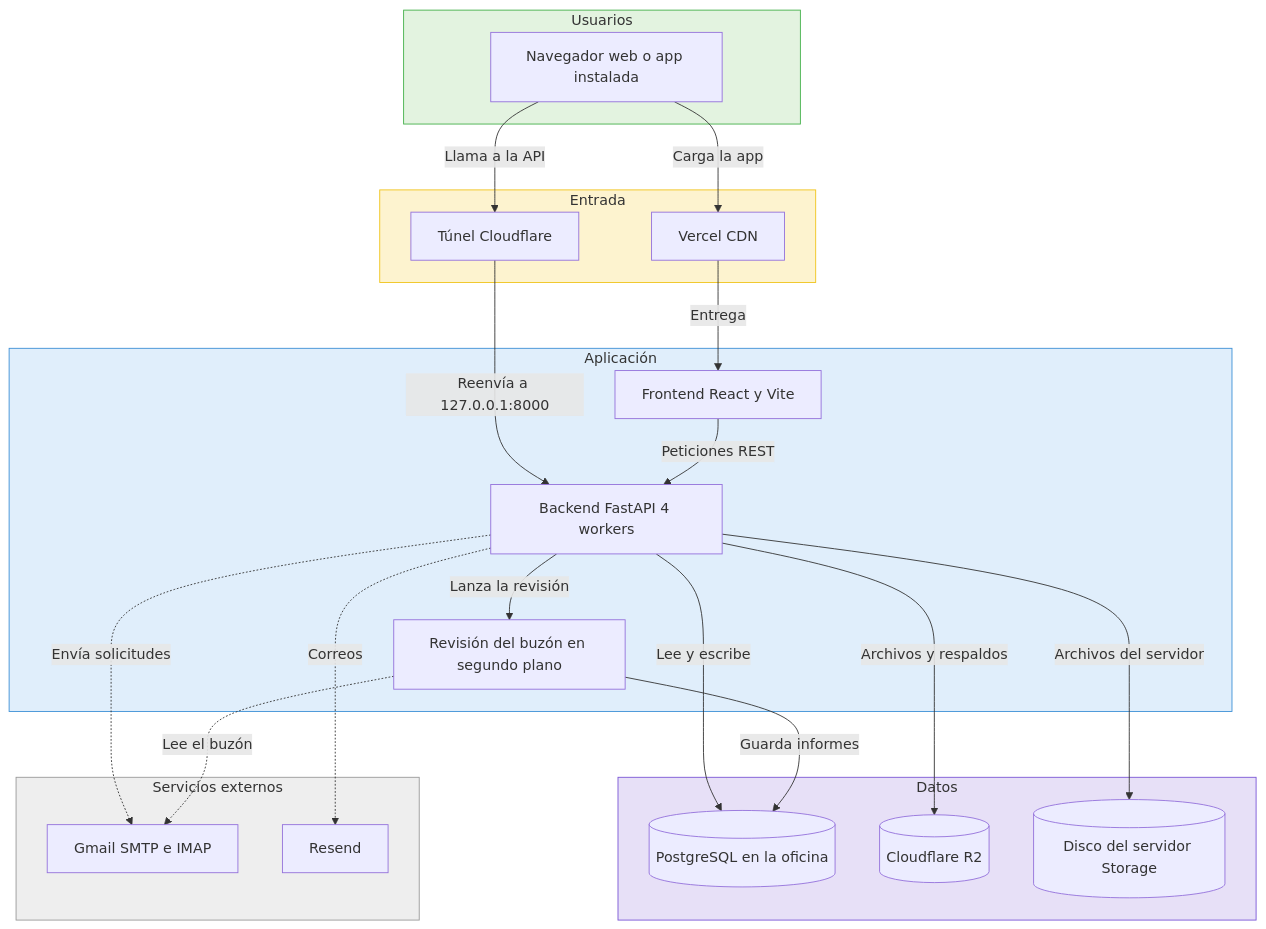
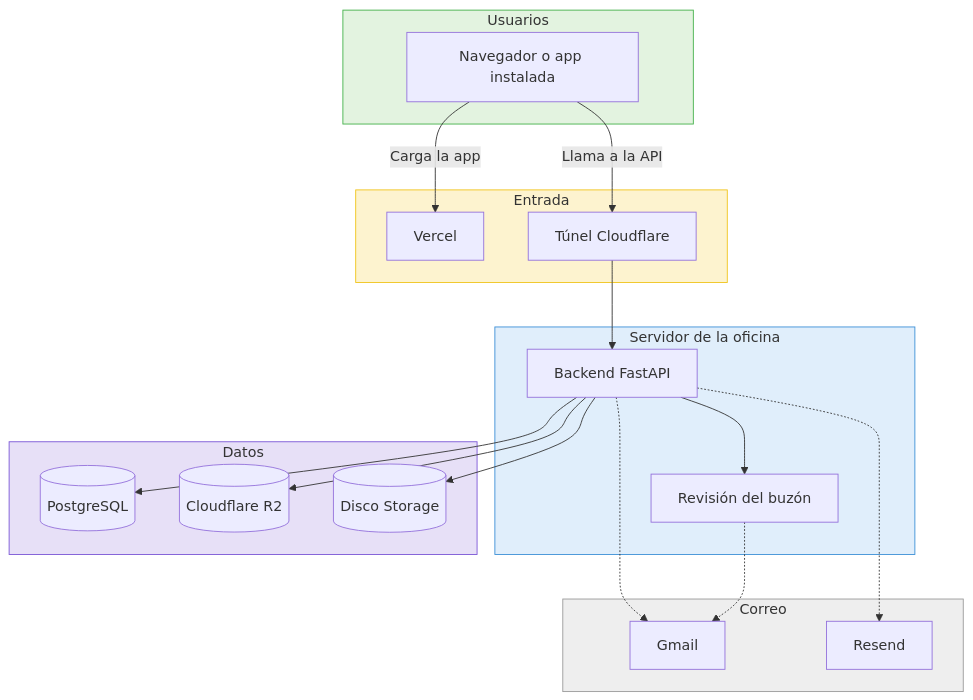
One commit to JSSAgrofresh/agrofresh_report_hub changed the diagram in docs/documentacion/diagramas/arquitectura.mmd. Above: the diagram before and after it, drawn with Mermaid. The commit also changed 42 other files, not shown here.

```diff
--- a/docs/documentacion/diagramas/arquitectura.mmd
+++ b/docs/documentacion/diagramas/arquitectura.mmd
@@ -1,40 +1,36 @@
 flowchart TB
     subgraph usuarios ["Usuarios"]
-        browser[Navegador web o app instalada]
+        browser[Navegador o app instalada]
     end
     subgraph entrada ["Entrada"]
-        vercel[Vercel CDN]
+        vercel[Vercel]
         tunnel[Túnel Cloudflare]
     end
-    subgraph app ["Aplicación"]
-        frontend[Frontend React y Vite]
-        backend[Backend FastAPI 4 workers]
-        mailJob[Revisión del buzón en segundo plano]
+    subgraph app ["Servidor de la oficina"]
+        backend[Backend FastAPI]
+        mailJob[Revisión del buzón]
     end
     subgraph datos ["Datos"]
-        postgres[(PostgreSQL en la oficina)]
+        postgres[(PostgreSQL)]
         r2[(Cloudflare R2)]
-        disk[(Disco del servidor Storage)]
+        disk[(Disco Storage)]
     end
-    subgraph externos ["Servicios externos"]
-        gmail[Gmail SMTP e IMAP]
+    subgraph externos ["Correo"]
+        gmail[Gmail]
         resend[Resend]
     end
     browser -->|Carga la app| vercel
     browser -->|Llama a la API| tunnel
-    vercel -->|Entrega| frontend
-    tunnel -->|Reenvía a 127.0.0.1:8000| backend
-    frontend -->|Peticiones REST| backend
-    backend -->|Lee y escribe| postgres
-    backend -->|Archivos y respaldos| r2
-    backend -->|Archivos del servidor| disk
-    backend -->|Lanza la revisión| mailJob
-    mailJob -->|Guarda informes| postgres
-    backend -.->|Envía solicitudes| gmail
-    mailJob -.->|Lee el buzón| gmail
-    backend -.->|Correos| resend
+    tunnel --> backend
+    backend --> postgres
+    backend --> r2
+    backend --> disk
+    backend --> mailJob
+    backend -.-> gmail
+    mailJob -.-> gmail
+    backend -.-> resend
     style usuarios fill:#e3f3e0,stroke:#43b049
     style entrada fill:#fdf3cf,stroke:#f0c419
     style app fill:#e0eefb,stroke:#3b8fd6
     style datos fill:#e7e0f7,stroke:#7a55d6
     style externos fill:#eeeeee,stroke:#999999
```
